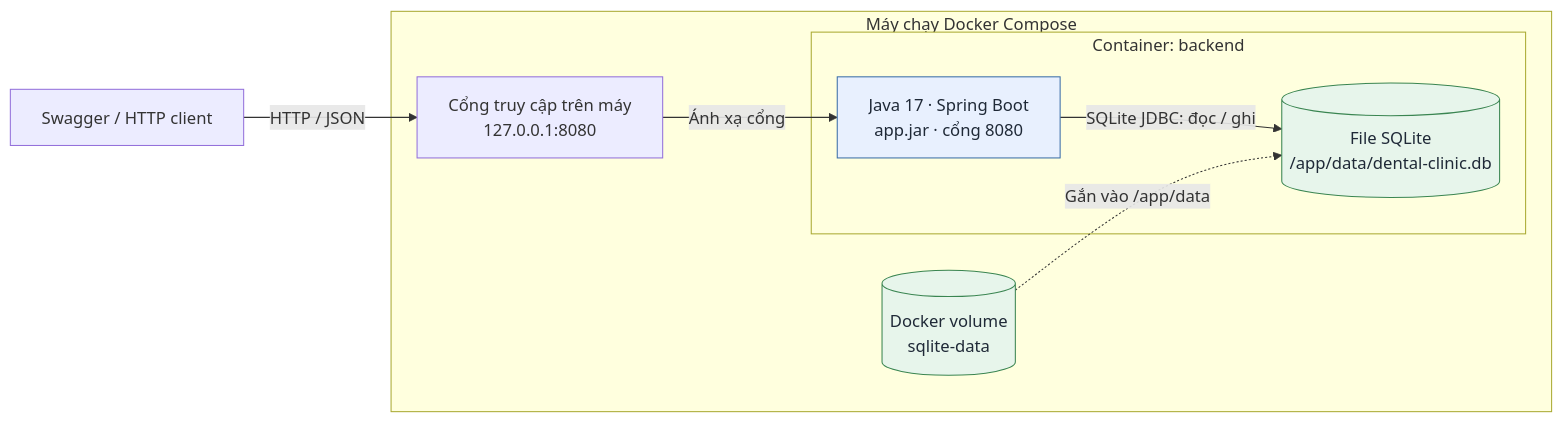
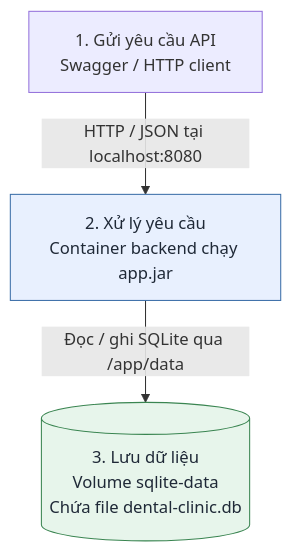
Before and after one commit to FlowBoat123/KTPM-BTL: the second of 2 diagrams in README.md, drawn with Mermaid. The commit also changed other lines of this file, not shown here.

Commit message:
docs: simplify Docker deployment diagram to three steps

````diff
--- a/README.md
+++ b/README.md
@@ -54,20 +54,12 @@
 ```mermaid
-flowchart LR
-    Client["Swagger / HTTP client"]
-    subgraph Host["Máy chạy Docker Compose"]
-        Port["Cổng truy cập trên máy<br/>127.0.0.1:8080"]
-        subgraph Container["Container: backend"]
-            App["Java 17 · Spring Boot<br/>app.jar · cổng 8080"]
-            File[("File SQLite<br/>/app/data/dental-clinic.db")]
-            App -->|SQLite JDBC: đọc / ghi| File
-        end
-        Volume[("Docker volume<br/>sqlite-data")]
-        Port -->|Ánh xạ cổng| App
-        Volume -. "Gắn vào /app/data" .-> File
-    end
-    Client -->|HTTP / JSON| Port
+flowchart TB
+    Client["1. Gửi yêu cầu API<br/>Swagger / HTTP client"]
+    App["2. Xử lý yêu cầu<br/>Container backend chạy app.jar"]
+    Data[("3. Lưu dữ liệu<br/>Volume sqlite-data<br/>Chứa file dental-clinic.db")]
+    Client -->|HTTP / JSON tại localhost:8080| App
+    App -->|Đọc / ghi SQLite qua /app/data| Data
     classDef app fill:#e8f0fe,stroke:#3b6ea8,color:#1f2937
     classDef data fill:#e7f5eb,stroke:#3a8551,color:#1f2937
     class App app
-    class File,Volume data
+    class Data data
 ```
````
